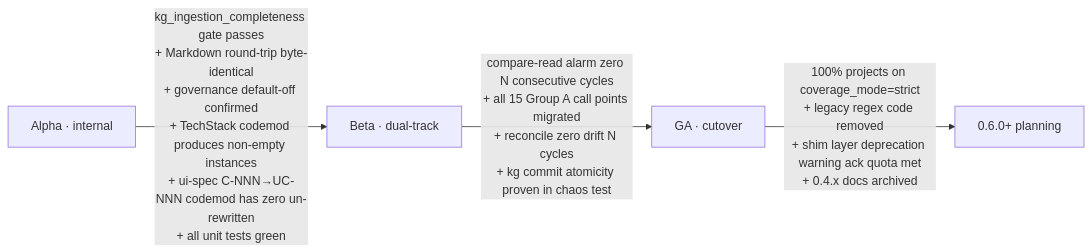
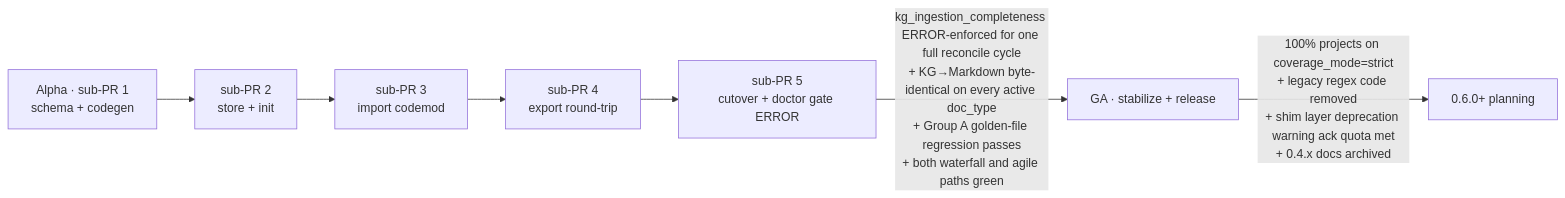
Before and after one commit to lync-cyber/CataForge: the second of 2 diagrams in docs/proposals/kg-migration-0.5.0/README.md, drawn with Mermaid. The commit also changed other lines of this file and 3 other files, not shown here.

First line of the commit message:
docs(kg): collapse Beta dual-track into Alpha sub-PR sequence (#143)

````diff
--- a/docs/proposals/kg-migration-0.5.0/README.md
+++ b/docs/proposals/kg-migration-0.5.0/README.md
@@ -89,6 +102,9 @@
 ```mermaid
 graph LR
-    A[Alpha · internal] -->|kg_ingestion_completeness gate passes<br/>+ Markdown round-trip byte-identical<br/>+ governance default-off confirmed<br/>+ TechStack codemod produces non-empty instances<br/>+ ui-spec C-NNN→UC-NNN codemod has zero un-rewritten<br/>+ all unit tests green| B[Beta · dual-track]
-    B -->|compare-read alarm zero N consecutive cycles<br/>+ all 15 Group A call points migrated<br/>+ reconcile zero drift N cycles<br/>+ kg commit atomicity proven in chaos test| C[GA · cutover]
-    C -->|100% projects on coverage_mode=strict<br/>+ legacy regex code removed<br/>+ shim layer deprecation warning ack quota met<br/>+ 0.4.x docs archived| D[0.6.0+ planning]
+    A[Alpha · sub-PR 1<br/>schema + codegen] --> B[sub-PR 2<br/>store + init]
+    B --> C[sub-PR 3<br/>import codemod]
+    C --> D[sub-PR 4<br/>export round-trip]
+    D --> E[sub-PR 5<br/>cutover + doctor gate ERROR]
+    E -->|kg_ingestion_completeness ERROR-enforced for one full reconcile cycle<br/>+ KG→Markdown byte-identical on every active doc_type<br/>+ Group A golden-file regression passes<br/>+ both waterfall and agile paths green| F[GA · stabilize + release]
+    F -->|100% projects on coverage_mode=strict<br/>+ legacy regex code removed<br/>+ shim layer deprecation warning ack quota met<br/>+ 0.4.x docs archived| G[0.6.0+ planning]
 ```
````
